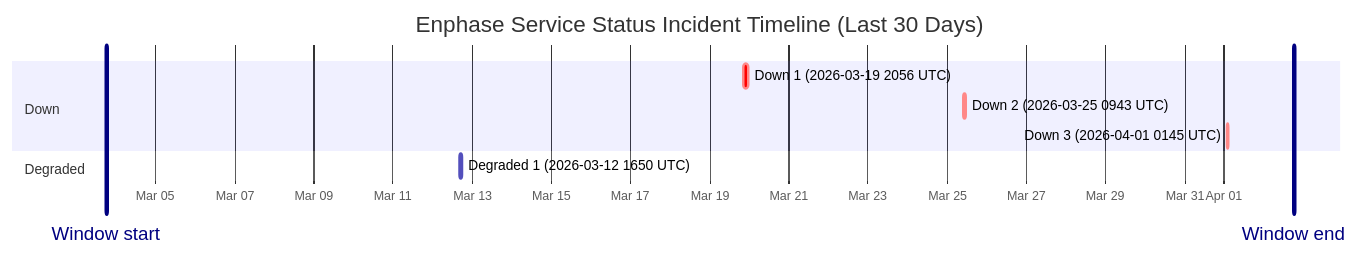
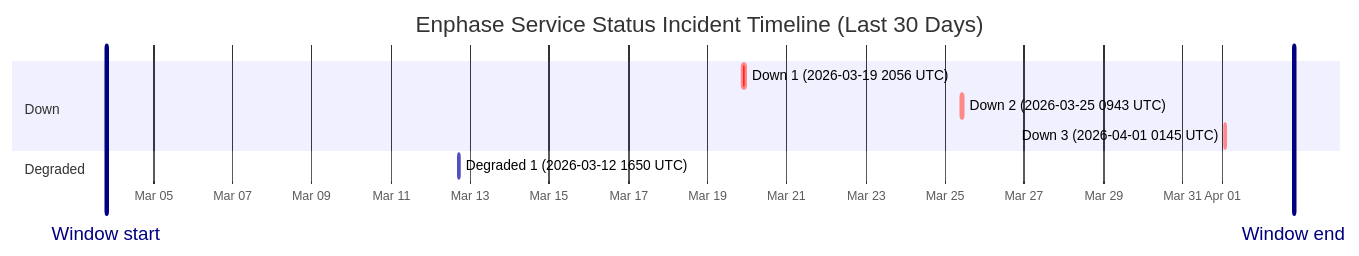
One commit to barneyonline/ha-enphase-ev-charger changed the diagram in wiki/Service-Status-History.md. Above: the diagram before and after it, drawn with Mermaid. The commit also changed other lines of this file and 3 other files, not shown here.

````diff
--- a/wiki/Service-Status-History.md
+++ b/wiki/Service-Status-History.md
@@ -14,14 +14,14 @@
 ```mermaid
 gantt
     title Enphase Service Status Incident Timeline (Last 30 Days)
     dateFormat  YYYY-MM-DDTHH:mm:ss
     axisFormat  %b %d
-    Window start :vert, window-start, 2026-03-03T18:07:57, 0ms
-    Window end :vert, window-end, 2026-04-02T18:07:57, 0ms
+    Window start :vert, window-start, 2026-03-03T19:28:49, 0ms
+    Window end :vert, window-end, 2026-04-02T19:28:49, 0ms
     section Down
     Down 1 (2026-03-19 2056 UTC) :crit, down-1, 2026-03-19T20:56:20, 145m
     Down 2 (2026-03-25 0943 UTC) :crit, down-2, 2026-03-25T09:43:28, 111m
     Down 3 (2026-04-01 0145 UTC) :crit, down-3, 2026-04-01T01:45:09, 60m
     section Degraded
     Degraded 1 (2026-03-12 1650 UTC) :active, degraded-1, 2026-03-12T16:50:43, 60m
 ```
````
